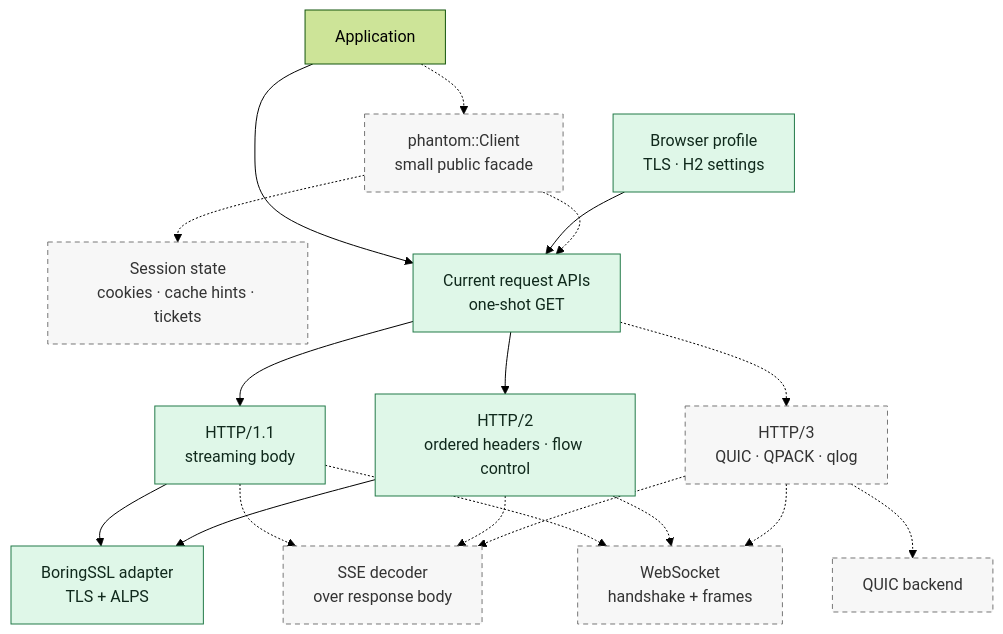
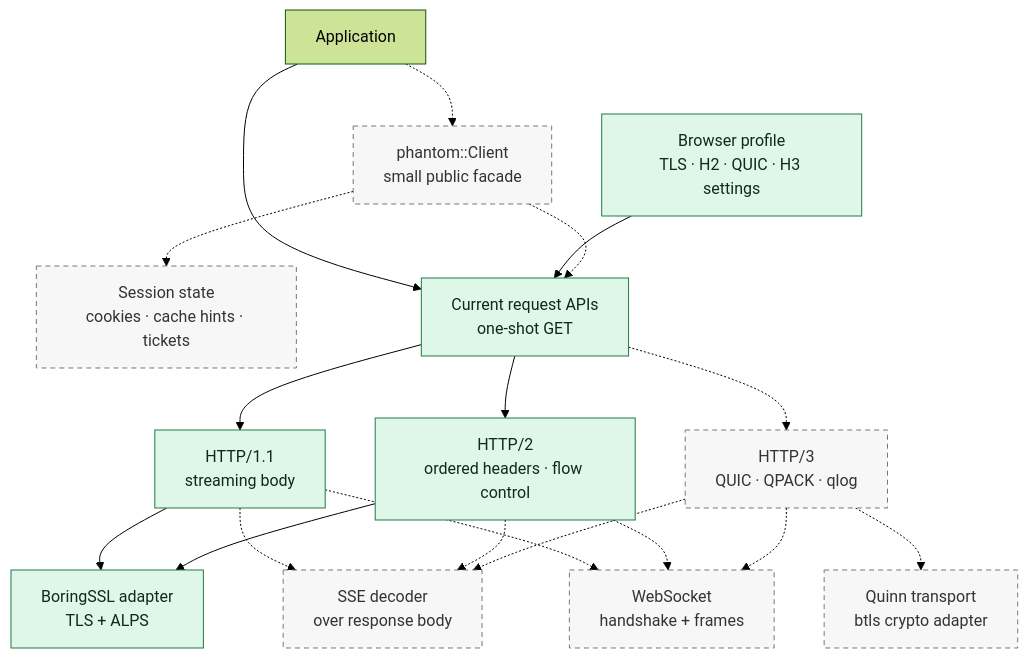
One commit to bywayhq/phantom changed the first of 3 diagrams in docs/architecture.md. Above: the diagram before and after it, drawn with Mermaid (forest theme). The commit also changed other lines of this file and 1 other file, not shown here.

Commit message:
docs(http3): record Quinn integration design

````diff
--- a/docs/architecture.md
+++ b/docs/architecture.md
@@ -22,39 +22,39 @@
 ```mermaid
 flowchart TB
     User[Application]
     Client["phantom::Client<br/>small public facade"]
     Session["Session state<br/>cookies · cache hints · tickets"]
-    Profile["Browser profile<br/>TLS · H2 settings"]
+    Profile["Browser profile<br/>TLS · H2 · QUIC · H3 settings"]
     Request["Current request APIs<br/>one-shot GET"]
 
     H1["HTTP/1.1<br/>streaming body"]
     H2["HTTP/2<br/>ordered headers · flow control"]
     H3["HTTP/3<br/>QUIC · QPACK · qlog"]
     TLS["BoringSSL adapter<br/>TLS + ALPS"]
-    QUIC["QUIC backend"]
+    QUIC["Quinn transport<br/>btls crypto adapter"]
     SSE["SSE decoder<br/>over response body"]
     WS["WebSocket<br/>handshake + frames"]
 
     User --> Request
     Profile --> Request
     Request --> H1
     Request --> H2
     User -.-> Client
     Client -.-> Session
     Client -.-> Request
     Request -.-> H3
     H1 --> TLS
     H2 --> TLS
     H3 -.-> QUIC
     H1 -.-> SSE
     H2 -.-> SSE
     H3 -.-> SSE
     H1 -.-> WS
     H2 -.-> WS
     H3 -.-> WS
 
     classDef current fill:#dff7e8,stroke:#237a49,color:#10291c
     classDef planned fill:#f7f7f7,stroke:#777,stroke-dasharray:5 4,color:#333
     class Profile,Request,H1,H2,TLS current
     class Client,Session,H3,QUIC,SSE,WS planned
 ```
````
